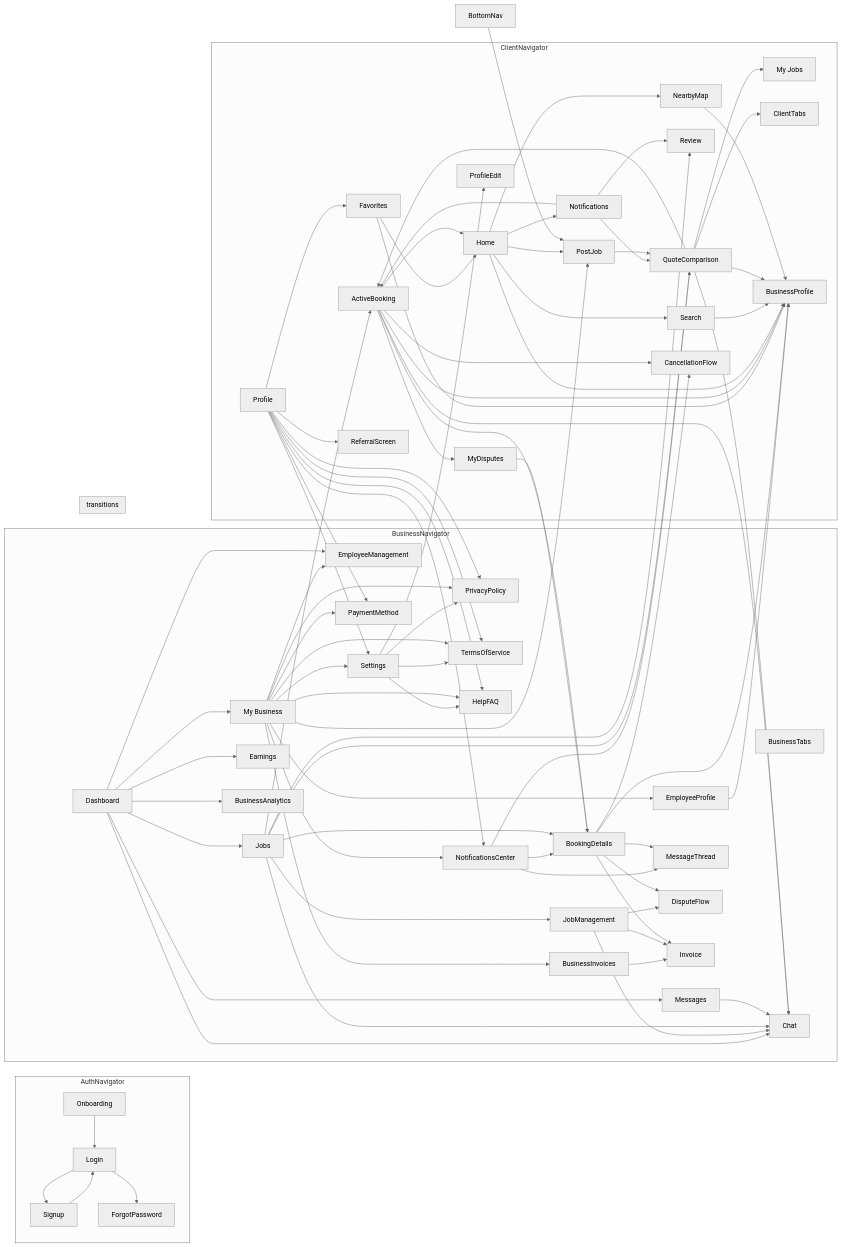
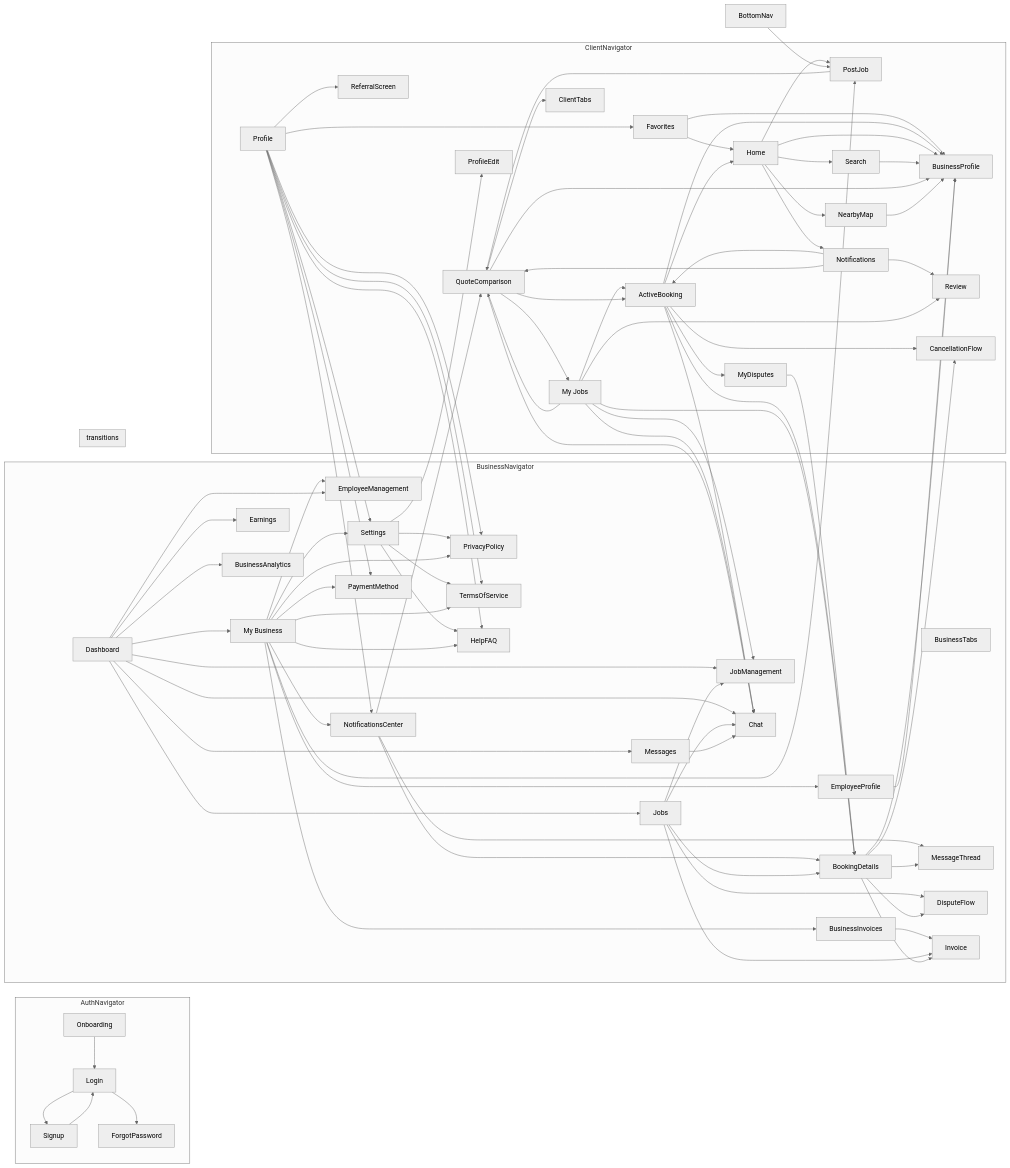
One commit to 4alkubati/SWINGBY changed the diagram in docs/FLOW_GRAPH.md. Above: the diagram before and after it, drawn with Mermaid (neutral theme). The commit also changed other lines of this file and 14 other files, not shown here.

```diff
--- a/docs/FLOW_GRAPH.md
+++ b/docs/FLOW_GRAPH.md
@@ -108,15 +108,18 @@
   Dashboard --> Jobs
   Dashboard --> Messages
   Dashboard --> My_Business
+  Dashboard --> JobManagement
   Dashboard --> Earnings
   Dashboard --> BusinessAnalytics
   Dashboard --> EmployeeManagement
   Dashboard --> Chat
   BusinessInvoices --> Invoice
   EmployeeProfile --> BusinessProfile
-  JobManagement --> Chat
-  JobManagement --> Invoice
-  JobManagement --> DisputeFlow
+  Jobs --> Chat
+  Jobs --> Invoice
+  Jobs --> DisputeFlow
+  Jobs --> JobManagement
+  Jobs --> BookingDetails
   Favorites --> Home
   Favorites --> BusinessProfile
   MyDisputes --> BookingDetails
@@ -131,12 +134,12 @@
   Home --> Search
   Home --> NearbyMap
   Home --> BusinessProfile
-  Jobs --> ActiveBooking
-  Jobs --> JobManagement
-  Jobs --> QuoteComparison
-  Jobs --> Chat
-  Jobs --> BookingDetails
-  Jobs --> Review
+  My_Jobs --> ActiveBooking
+  My_Jobs --> JobManagement
+  My_Jobs --> QuoteComparison
+  My_Jobs --> Chat
+  My_Jobs --> BookingDetails
+  My_Jobs --> Review
   Search --> BusinessProfile
   QuoteComparison --> ActiveBooking
   QuoteComparison --> ClientTabs
```
